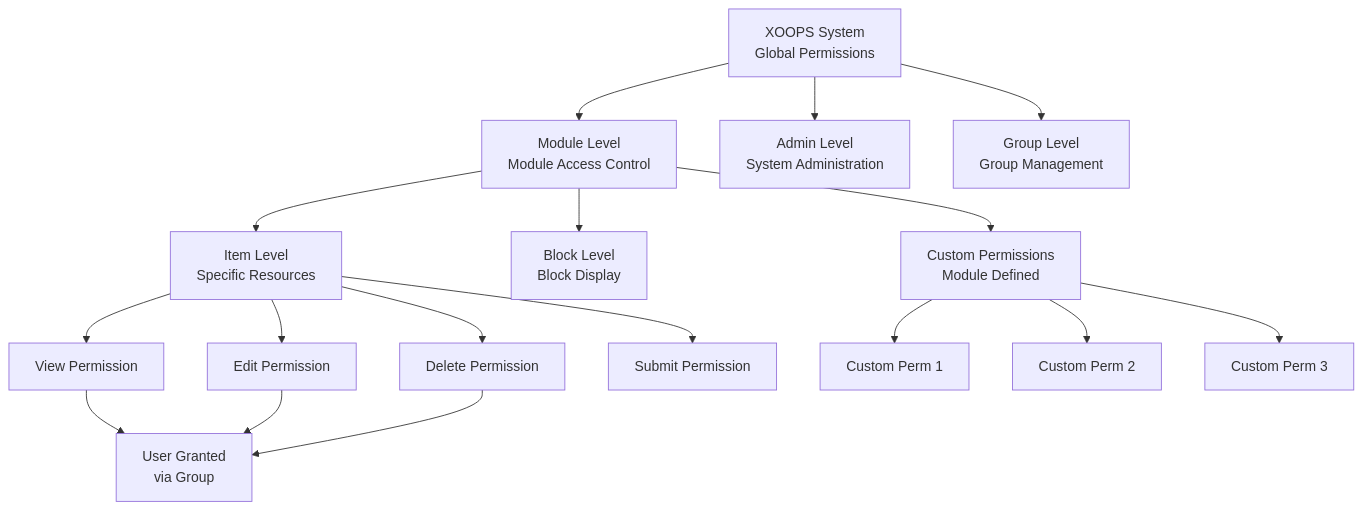
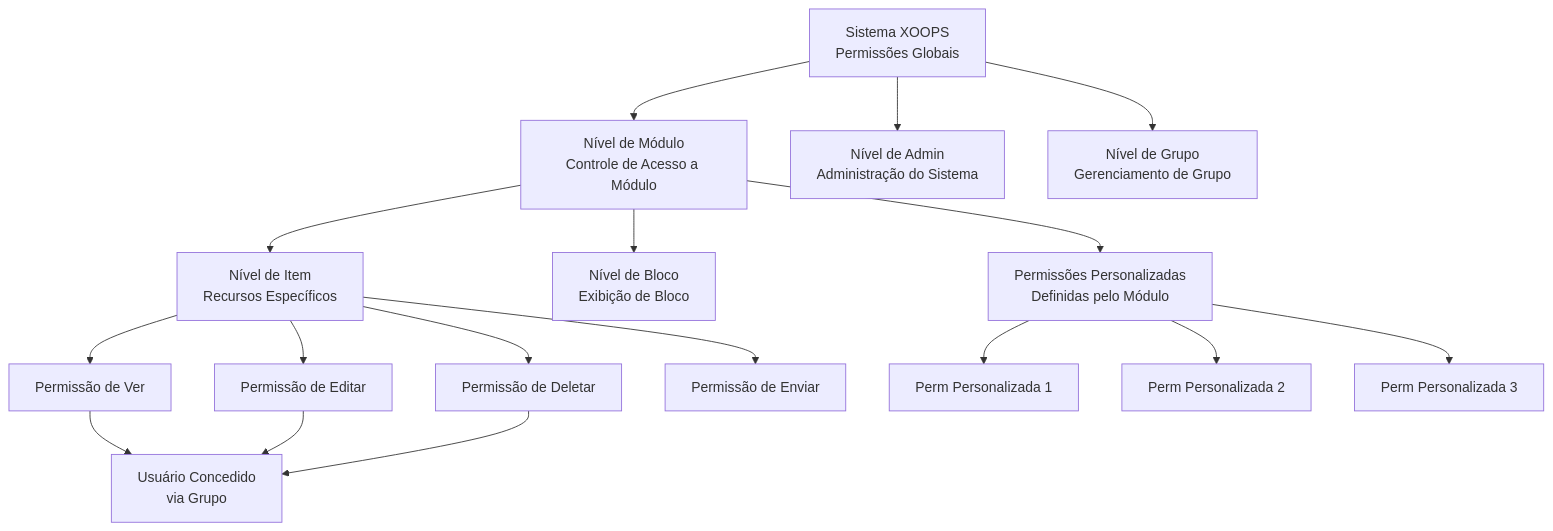
The first of 2 diagrams in apps/docs-27/src/content/docs/pt/core-concepts/users/permissions.md (mambax7/xoops-docs), drawn with Mermaid before and after one commit. The commit also changed other lines of this file and 162 other files, not shown here.

````diff
--- a/apps/docs-27/src/content/docs/pt/core-concepts/users/permissions.md
+++ b/apps/docs-27/src/content/docs/pt/core-concepts/users/permissions.md
@@ -134,25 +134,25 @@
 ```mermaid
 graph TB
-    SYSTEM["XOOPS System<br/>Global Permissions"]
+    SYSTEM["Sistema XOOPS<br/>Permissões Globais"]
 
-    SYSTEM --> MODULES["Module Level<br/>Module Access Control"]
-    SYSTEM --> ADMIN["Admin Level<br/>System Administration"]
-    SYSTEM --> GROUPS["Group Level<br/>Group Management"]
+    SYSTEM --> MODULES["Nível de Módulo<br/>Controle de Acesso a Módulo"]
+    SYSTEM --> ADMIN["Nível de Admin<br/>Administração do Sistema"]
+    SYSTEM --> GROUPS["Nível de Grupo<br/>Gerenciamento de Grupo"]
 
-    MODULES --> ITEM["Item Level<br/>Specific Resources"]
-    MODULES --> BLOCK["Block Level<br/>Block Display"]
-    MODULES --> CUSTOM["Custom Permissions<br/>Module Defined"]
+    MODULES --> ITEM["Nível de Item<br/>Recursos Específicos"]
+    MODULES --> BLOCK["Nível de Bloco<br/>Exibição de Bloco"]
+    MODULES --> CUSTOM["Permissões Personalizadas<br/>Definidas pelo Módulo"]
 
-    ITEM --> VIEW["View Permission"]
-    ITEM --> EDIT["Edit Permission"]
-    ITEM --> DELETE["Delete Permission"]
-    ITEM --> SUBMIT["Submit Permission"]
+    ITEM --> VIEW["Permissão de Ver"]
+    ITEM --> EDIT["Permissão de Editar"]
+    ITEM --> DELETE["Permissão de Deletar"]
+    ITEM --> SUBMIT["Permissão de Enviar"]
 
-    CUSTOM --> PERM1["Custom Perm 1"]
-    CUSTOM --> PERM2["Custom Perm 2"]
-    CUSTOM --> PERM3["Custom Perm 3"]
+    CUSTOM --> PERM1["Perm Personalizada 1"]
+    CUSTOM --> PERM2["Perm Personalizada 2"]
+    CUSTOM --> PERM3["Perm Personalizada 3"]
 
-    VIEW --> GRANT["User Granted<br/>via Group"]
+    VIEW --> GRANT["Usuário Concedido<br/>via Grupo"]
     EDIT --> GRANT
     DELETE --> GRANT
 ```
````
